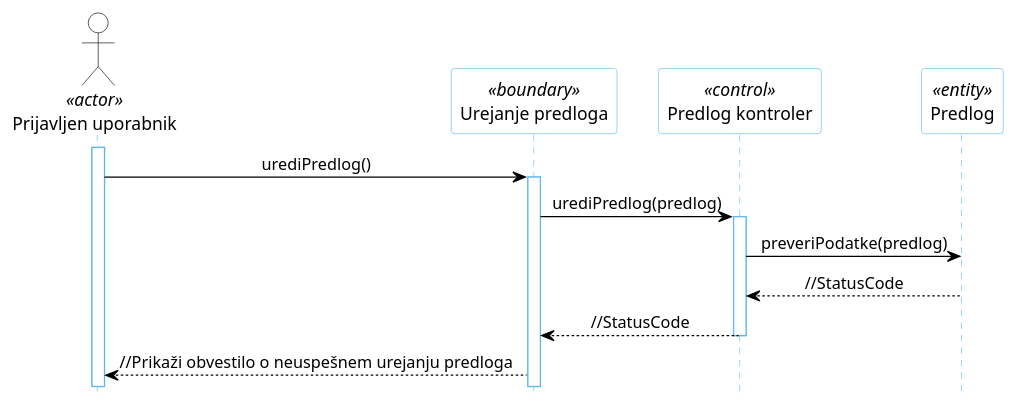
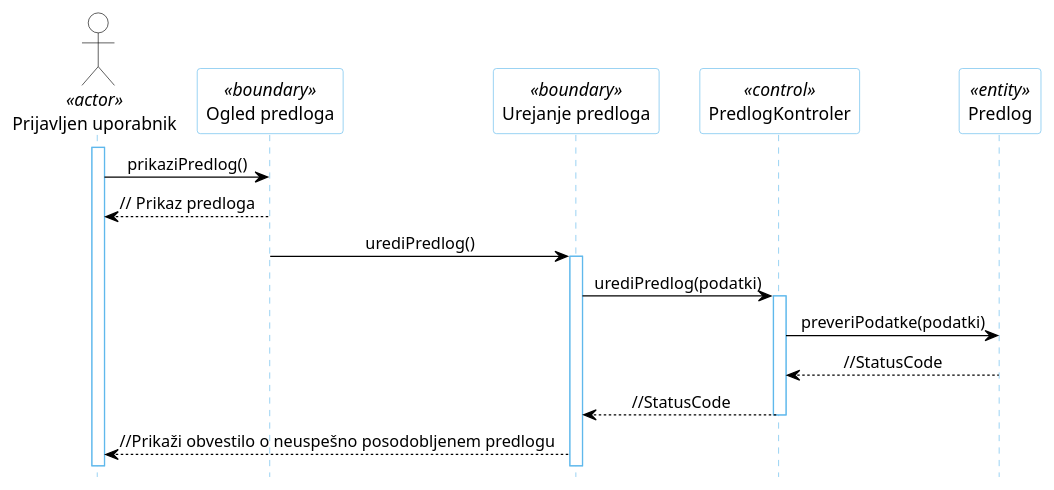
The diagram in docs/gradivo/plantuml/DZ/13b.puml (kupinah/test-tpo), drawn with PlantUML before and after one commit. The commit also changed 36 other files, not shown here.

```diff
--- a/docs/gradivo/plantuml/DZ/13b.puml
+++ b/docs/gradivo/plantuml/DZ/13b.puml
@@ -1,29 +1,32 @@
 @startuml
 hide footbox
 
 skinparam backgroundcolor transparent
 skinparam defaultTextAlignment center
 skinparam actorBorderColor black
 skinparam actorBackgroundColor white
 skinparam arrowColor black  
 skinparam sequenceLifeLineBorderColor #5FB8EC
 skinparam sequenceParticipantBorderColor #5FB8EC
 skinparam sequenceParticipantBackgroundColor white
 
 actor "Prijavljen uporabnik" as U1 <<actor>>
 
+participant "Ogled predloga" as R6 <<boundary>>
 participant "Urejanje predloga" as R5 <<boundary>>
-participant "Predlog kontroler" as R2 <<control>>
+participant "PredlogKontroler" as R2 <<control>>
 participant "Predlog" as R4 <<entity>>
 
 activate U1
-U1 -> R5: urediPredlog()
+U1 -> R6: prikaziPredlog()
+R6 --> U1: // Prikaz predloga
+R6 -> R5: urediPredlog()
 activate R5
-R5 -> R2: urediPredlog(predlog)
+R5 -> R2: urediPredlog(podatki)
 activate R2
-R2 -> R4: preveriPodatke(predlog)
+R2 -> R4: preveriPodatke(podatki)
 R4 --> R2: //StatusCode
 R2 --> R5: //StatusCode
 deactivate R2
-R5 --> U1: //Prikaži obvestilo o neuspešnem urejanju predloga
+R5 --> U1: //Prikaži obvestilo o neuspešno posodobljenem predlogu
 @enduml
```
